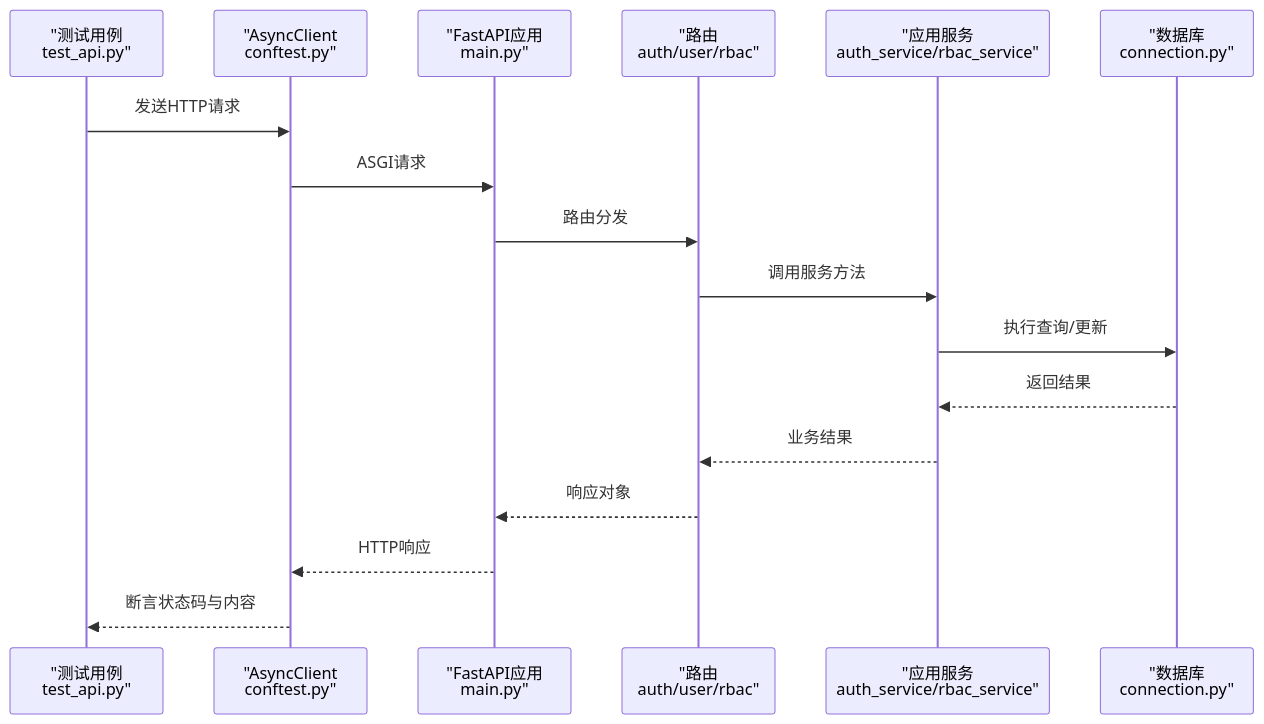
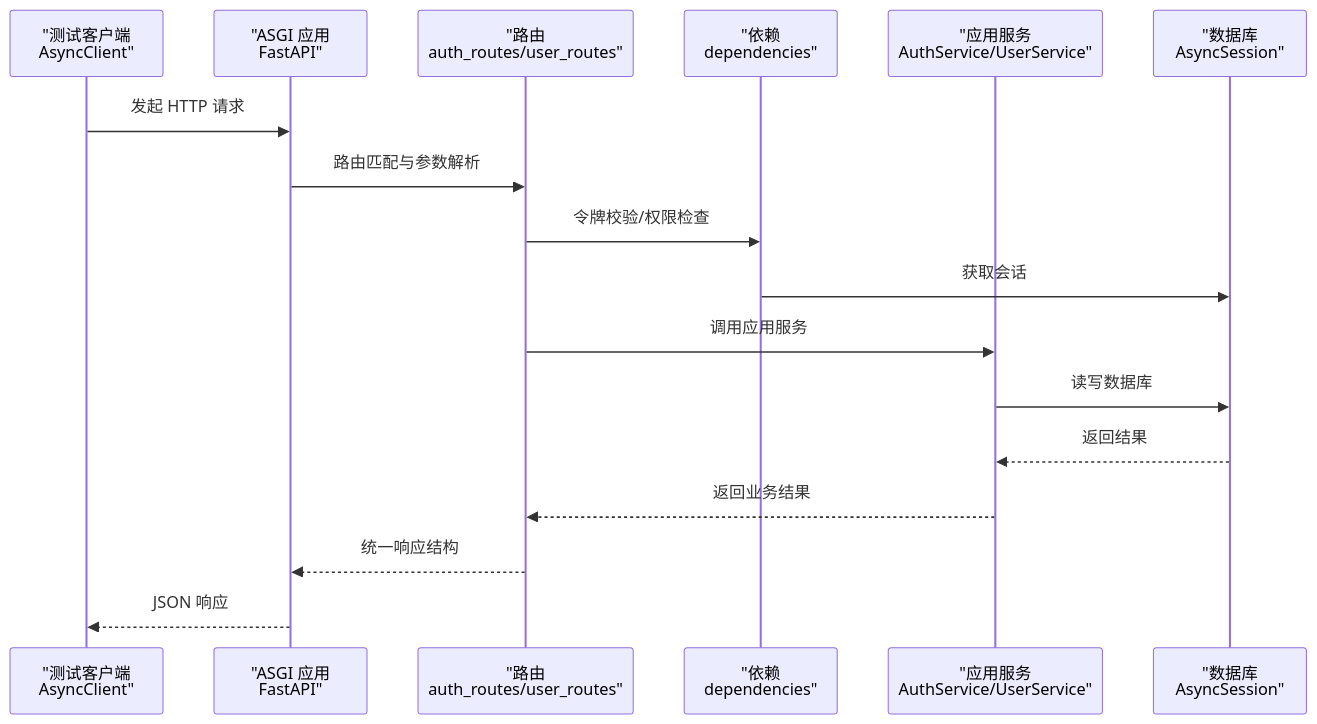
One commit to taoweidong/Hello-FastApi changed the second of 7 diagrams in .qoder/repowiki/zh/content/测试策略/集成测试.md. Above: the diagram before and after it, drawn with Mermaid. The commit also changed other lines of this file and 119 other files, not shown here.

````diff
--- a/.qoder/repowiki/zh/content/测试策略/集成测试.md
+++ b/.qoder/repowiki/zh/content/测试策略/集成测试.md
@@ -126,19 +117,19 @@
 ```mermaid
 sequenceDiagram
-participant T as "测试用例<br/>test_api.py"
-participant C as "AsyncClient<br/>conftest.py"
-participant A as "FastAPI应用<br/>main.py"
-participant R as "路由<br/>auth/user/rbac"
-participant S as "应用服务<br/>auth_service/rbac_service"
-participant D as "数据库<br/>connection.py"
-T->>C : 发送HTTP请求
-C->>A : ASGI请求
-A->>R : 路由分发
-R->>S : 调用服务方法
-S->>D : 执行查询/更新
-D-->>S : 返回结果
-S-->>R : 业务结果
-R-->>A : 响应对象
-A-->>C : HTTP响应
-C-->>T : 断言状态码与内容
+participant T as "测试客户端<br/>AsyncClient"
+participant A as "ASGI 应用<br/>FastAPI"
+participant R as "路由<br/>auth_routes/user_routes"
+participant D as "依赖<br/>dependencies"
+participant S as "应用服务<br/>AuthService/UserService"
+participant DB as "数据库<br/>AsyncSession"
+T->>A : 发起 HTTP 请求
+A->>R : 路由匹配与参数解析
+R->>D : 令牌校验/权限检查
+D->>DB : 获取会话
+R->>S : 调用应用服务
+S->>DB : 读写数据库
+DB-->>S : 返回结果
+S-->>R : 返回业务结果
+R-->>A : 统一响应结构
+A-->>T : JSON 响应
 ```
````
